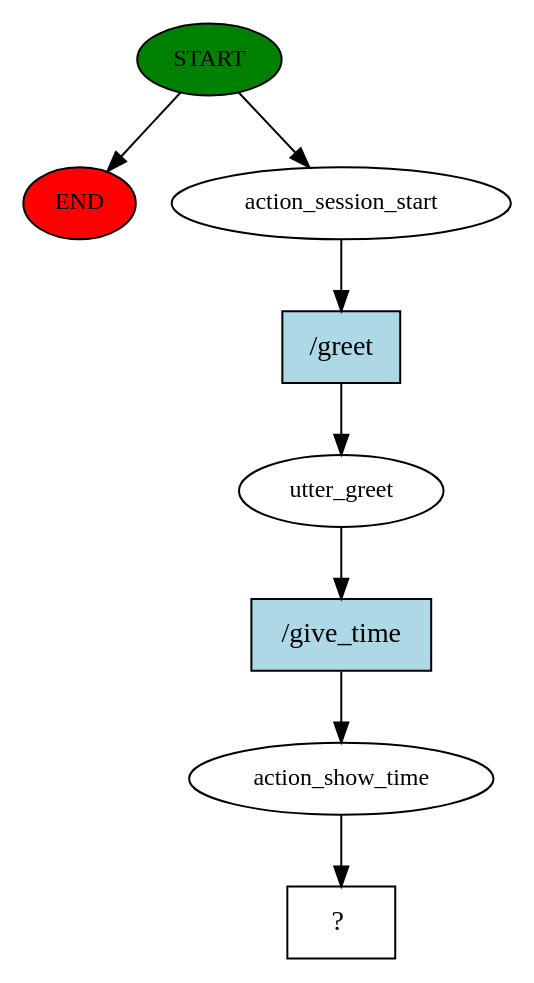
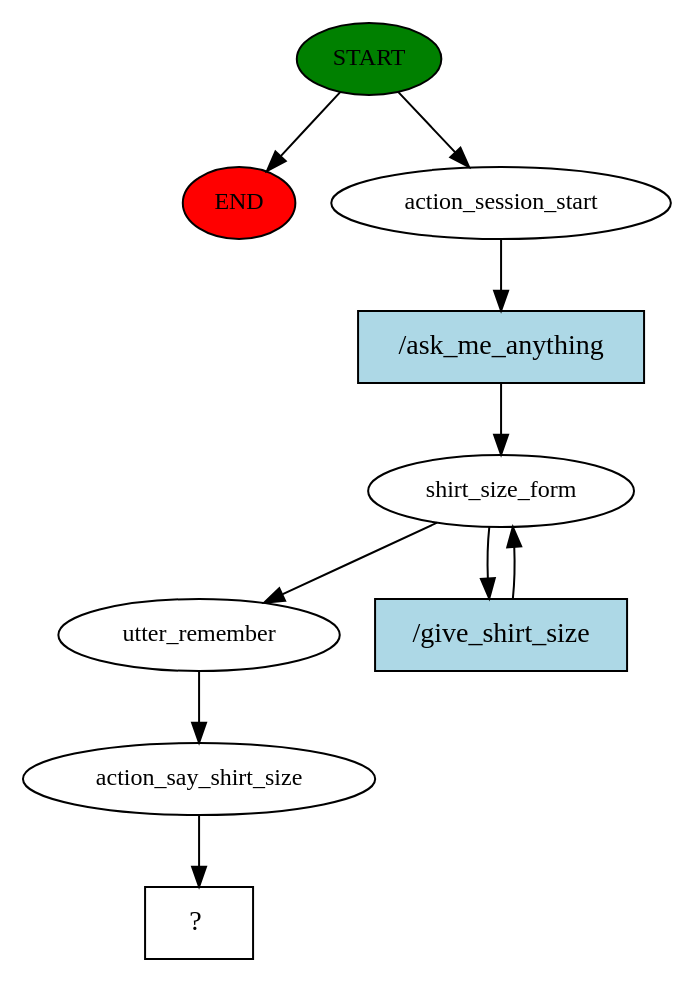
One commit to Gigit-AI-Corporation/rasa changed the diagram in story_graph.dot. Above: the diagram before and after it, drawn with Graphviz. The commit also changed 6 other files, not shown here.

Commit message:
shirt size works

```diff
--- a/story_graph.dot
+++ b/story_graph.dot
@@ -1,17 +1,20 @@
 digraph  {
 0 [class="start active", fillcolor=green, fontsize=12, label=START, style=filled];
 "-1" [class=end, fillcolor=red, fontsize=12, label=END, style=filled];
 1 [class=active, fontsize=12, label=action_session_start];
-2 [class=active, fontsize=12, label=utter_greet];
-3 [class=active, fontsize=12, label=action_show_time];
-4 [class="intent dashed active", label="  ?  ", shape=rect];
-5 [class="intent active", fillcolor=lightblue, label="/greet", shape=rect, style=filled];
-6 [class="intent active", fillcolor=lightblue, label="/give_time", shape=rect, style=filled];
+2 [class=active, fontsize=12, label=shirt_size_form];
+4 [class=active, fontsize=12, label=utter_remember];
+5 [class=active, fontsize=12, label=action_say_shirt_size];
+6 [class="intent dashed active", label="  ?  ", shape=rect];
+7 [class="intent active", fillcolor=lightblue, label="/ask_me_anything", shape=rect, style=filled];
+8 [class="intent active", fillcolor=lightblue, label="/give_shirt_size", shape=rect, style=filled];
 0 -> "-1"  [class="", key=NONE, label=""];
 0 -> 1  [class=active, key=NONE, label=""];
-1 -> 5  [class=active, key=0];
-2 -> 6  [class=active, key=0];
-3 -> 4  [class=active, key=NONE, label=""];
-5 -> 2  [class=active, key=0];
-6 -> 3  [class=active, key=0];
+1 -> 7  [class=active, key=0];
+2 -> 4  [class=active, key=NONE, label=""];
+2 -> 8  [class=active, key=0];
+4 -> 5  [class=active, key=NONE, label=""];
+5 -> 6  [class=active, key=NONE, label=""];
+7 -> 2  [class=active, key=0];
+8 -> 2  [class=active, key=0];
 }
```
